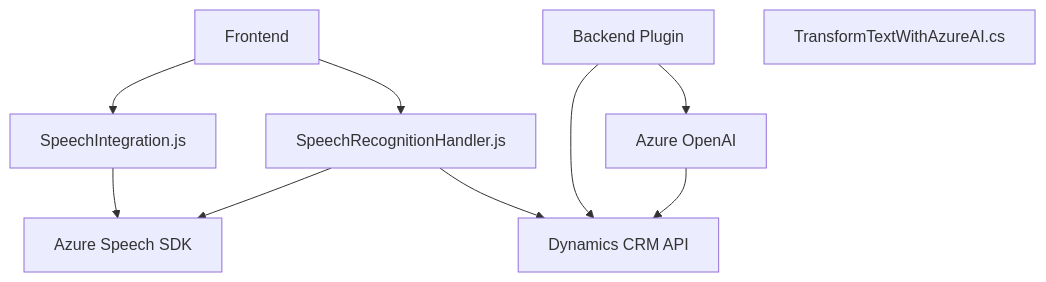
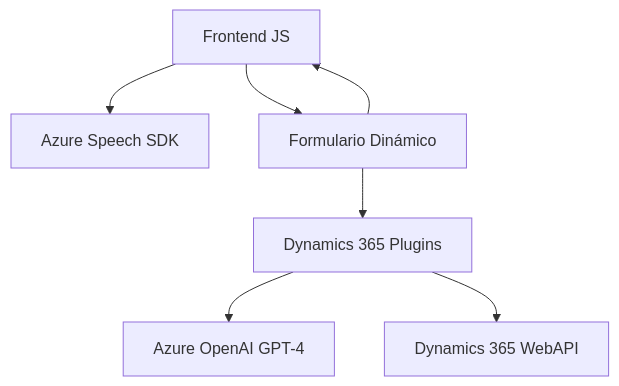
One commit to blopezdm/NETCORE_BILBAO2025 changed the diagram in README.md. Above: the diagram before and after it, drawn with Mermaid. The commit also changed other lines of this file, not shown here.

````diff
--- a/README.md
+++ b/README.md
@@ -41,20 +46,16 @@
 ```mermaid
 graph TD
-    A["Frontend"]
-    B["SpeechIntegration.js"]
-    C["SpeechRecognitionHandler.js"]
-    D["Backend Plugin"]
-    E["TransformTextWithAzureAI.cs"]
-    F["Azure Speech SDK"]
-    G["Azure OpenAI"]
-    H["Dynamics CRM API"]
+    A["Frontend JS"]
+    B["Azure Speech SDK"]
+    C["Dynamics 365 Plugins"]
+    D["Azure OpenAI GPT-4"]
+    E["Dynamics 365 WebAPI"]
+    F["Formulario Dinámico"]
 
     A --> B
-    A --> C
-    B --> F
-    C --> F
-    C --> H
-    D --> G
-    D --> H
-    G --> H
+    A --> F
+    F --> A
+    C --> D
+    C --> E
+    F --> C
 ```
````
